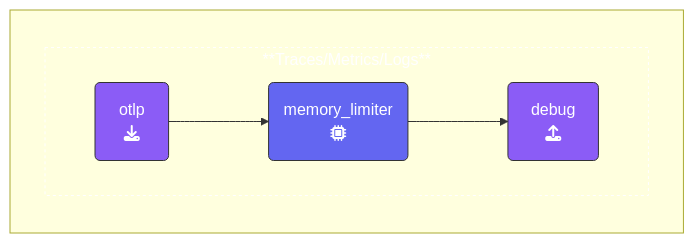
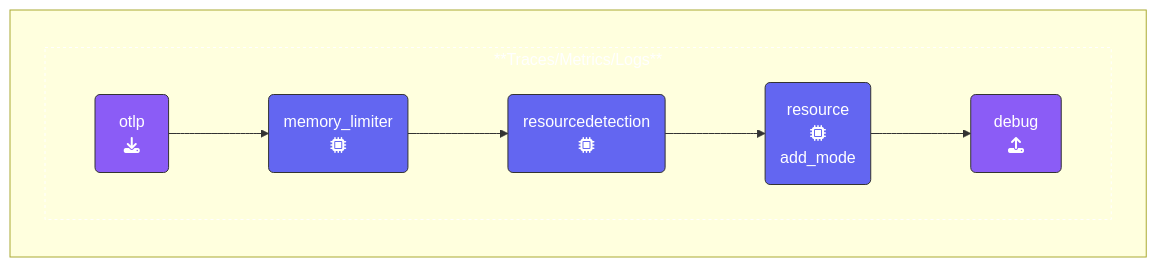
Before and after one commit to splunk/observability-workshop: the diagram in content/en/ninja-workshops/3-opentelemetry-collector-workshops/2-advanced-collector/1-agent/1-1-configuration.md, drawn with Mermaid. The commit also changed other lines of this file and 7 other files, not shown here.

````diff
--- a/content/en/ninja-workshops/3-opentelemetry-collector-workshops/2-advanced-collector/1-agent/1-1-configuration.md
+++ b/content/en/ninja-workshops/3-opentelemetry-collector-workshops/2-advanced-collector/1-agent/1-1-configuration.md
@@ -17,21 +17,25 @@
 ```mermaid
 %%{init:{"fontFamily":"monospace"}}%%
 graph LR
     %% Nodes
       REC1(&nbsp;&nbsp;otlp&nbsp;&nbsp;<br>fa:fa-download):::receiver
       PRO1(memory_limiter<br>fa:fa-microchip):::processor
+      PRO2(resourcedetection<br>fa:fa-microchip):::processor
+      PRO3(resource<br>fa:fa-microchip<br>add_mode):::processor
       EXP1(&ensp;debug&ensp;<br>fa:fa-upload):::exporter
     %% Links
     subID1:::sub-traces
     subgraph " "
       subgraph subID1[**Traces/Metrics/Logs**]
       direction LR
       REC1 --> PRO1
-      PRO1 --> EXP1
+      PRO1 --> PRO2
+      PRO2 --> PRO3
+      PRO3 --> EXP1
       end
     end
 classDef receiver,exporter fill:#8b5cf6,stroke:#333,stroke-width:1px,color:#fff;
 classDef processor fill:#6366f1,stroke:#333,stroke-width:1px,color:#fff;
 classDef con-receive,con-export fill:#45c175,stroke:#333,stroke-width:1px,color:#fff;
 classDef sub-traces stroke:#fff,stroke-width:1px, color:#fff,stroke-dasharray: 3 3;
 ```
````
